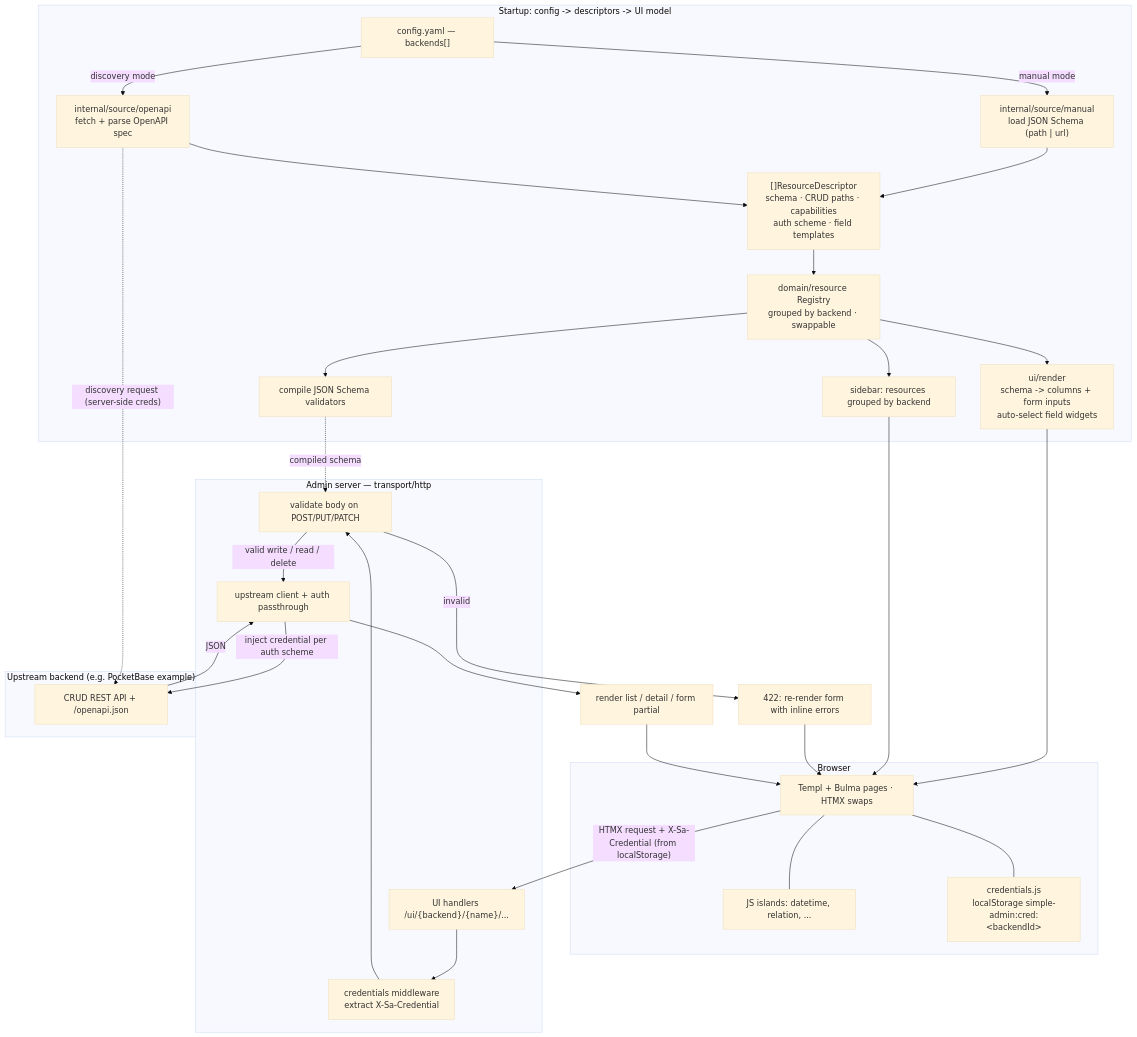
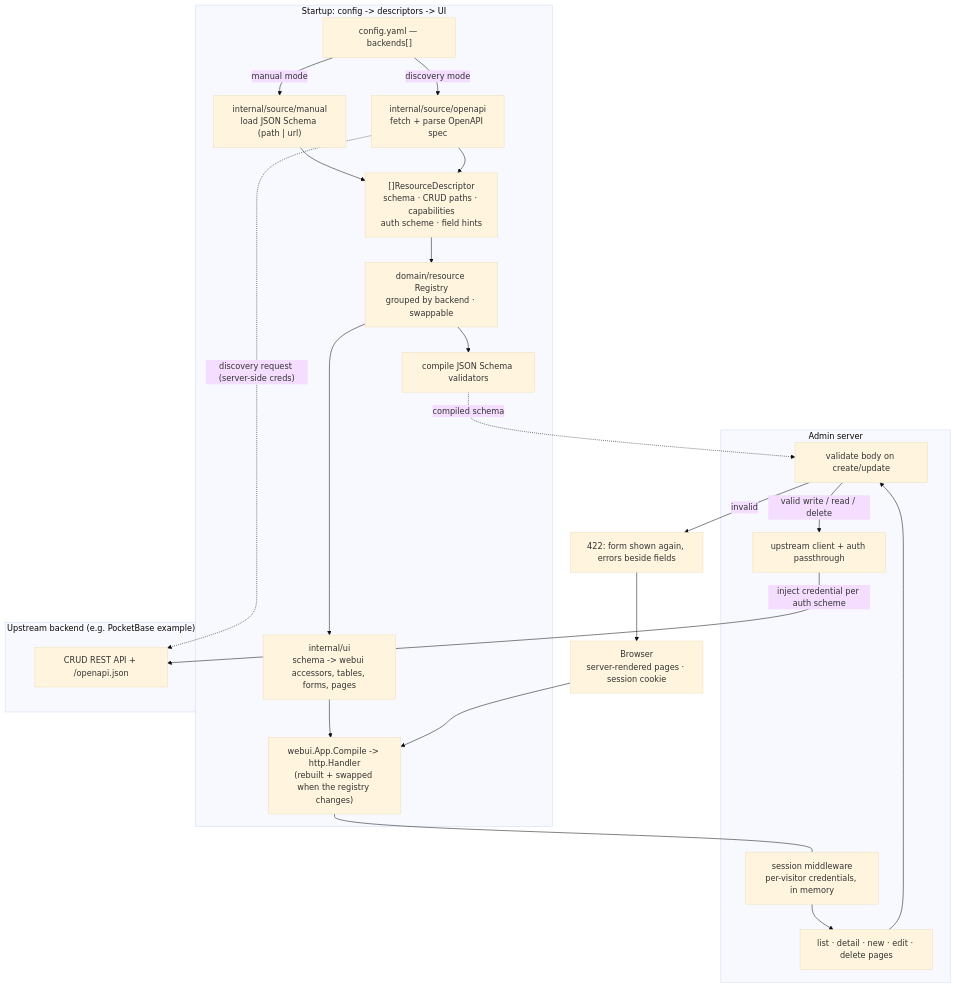
The diagram in README.md (Olian04/simple-admin), drawn with Mermaid (base theme) before and after one commit. The commit also changed other lines of this file and 61 other files, not shown here.

First line of the commit message:
feat(ui): replace templ/HTMX frontend with webui v1.0.0-19

````diff
--- a/README.md
+++ b/README.md
@@ -9,48 +9,37 @@
 ```mermaid
 flowchart TB
-  subgraph Startup["Startup: config -> descriptors -> UI model"]
+  subgraph Startup["Startup: config -> descriptors -> UI"]
     CFG["config.yaml — backends[]"]
     CFG -->|manual mode| MAN["internal/source/manual<br/>load JSON Schema (path | url)"]
     CFG -->|discovery mode| DISC["internal/source/openapi<br/>fetch + parse OpenAPI spec"]
-    MAN --> DESC["[]ResourceDescriptor<br/>schema · CRUD paths · capabilities<br/>auth scheme · field templates"]
+    MAN --> DESC["[]ResourceDescriptor<br/>schema · CRUD paths · capabilities<br/>auth scheme · field hints"]
     DISC --> DESC
     DESC --> REG["domain/resource Registry<br/>grouped by backend · swappable"]
     REG --> VAL["compile JSON Schema validators"]
-    REG --> RND["ui/render<br/>schema -> columns + form inputs<br/>auto-select field widgets"]
-    REG --> SB["sidebar: resources grouped by backend"]
+    REG --> UIB["internal/ui<br/>schema -> webui accessors, tables, forms, pages"]
+    UIB --> APP["webui.App.Compile -> http.Handler<br/>(rebuilt + swapped when the registry changes)"]
   end
 
-  subgraph Browser["Browser"]
-    UI["Templ + Bulma pages · HTMX swaps"]
-    ISL["JS islands: datetime, relation, ..."]
-    CRED["credentials.js<br/>localStorage simple-admin:cred:&lt;backendId&gt;"]
-    UI --- ISL
-    UI --- CRED
+  Browser["Browser<br/>server-rendered pages · session cookie"]
+  Browser --> APP
+
+  subgraph Admin["Admin server"]
+    SES["session middleware<br/>per-visitor credentials, in memory"]
+    PG["list · detail · new · edit · delete pages"]
+    WVAL["validate body on create/update"]
+    UP["upstream client + auth passthrough"]
+    SES --> PG --> WVAL
   end
-
-  RND --> UI
-  SB --> UI
-
-  subgraph Admin["Admin server — transport/http"]
-    H["UI handlers /ui/{backend}/{name}/..."]
-    MW["credentials middleware<br/>extract X-Sa-Credential"]
-    WVAL["validate body on POST/PUT/PATCH"]
-    UP["upstream client + auth passthrough"]
-    H --> MW --> WVAL
-  end
+  APP --- SES
 
   subgraph Up["Upstream backend (e.g. PocketBase example)"]
     API["CRUD REST API + /openapi.json"]
   end
 
-  UI -->|"HTMX request + X-Sa-Credential (from localStorage)"| H
   VAL -. compiled schema .-> WVAL
-  WVAL -->|invalid| ERRP["422: re-render form with inline errors"]
-  ERRP --> UI
+  WVAL -->|invalid| REJ["422: form shown again, errors beside fields"]
+  REJ --> Browser
   WVAL -->|valid write / read / delete| UP
   UP -->|inject credential per auth scheme| API
-  API -->|JSON| UP
-  UP --> RESP["render list / detail / form partial"]
-  RESP --> UI
   DISC -. "discovery request (server-side creds)" .-> API
 ```
````
